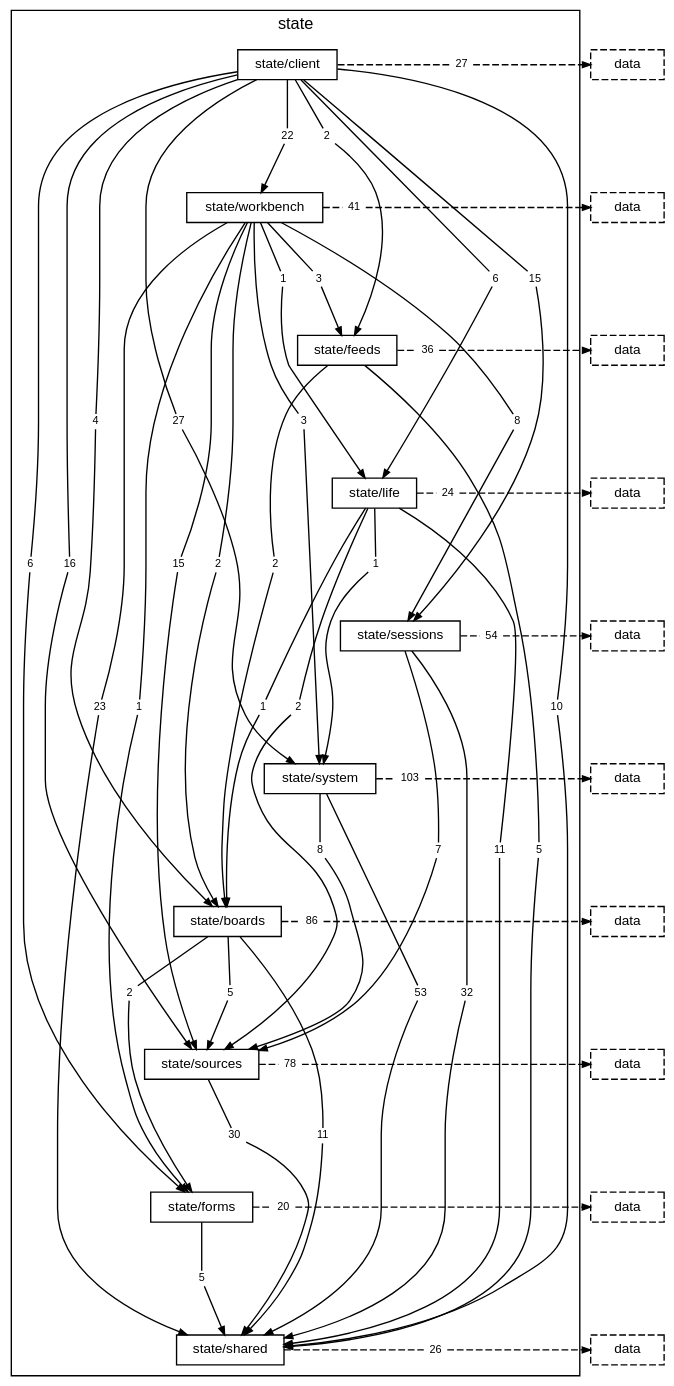
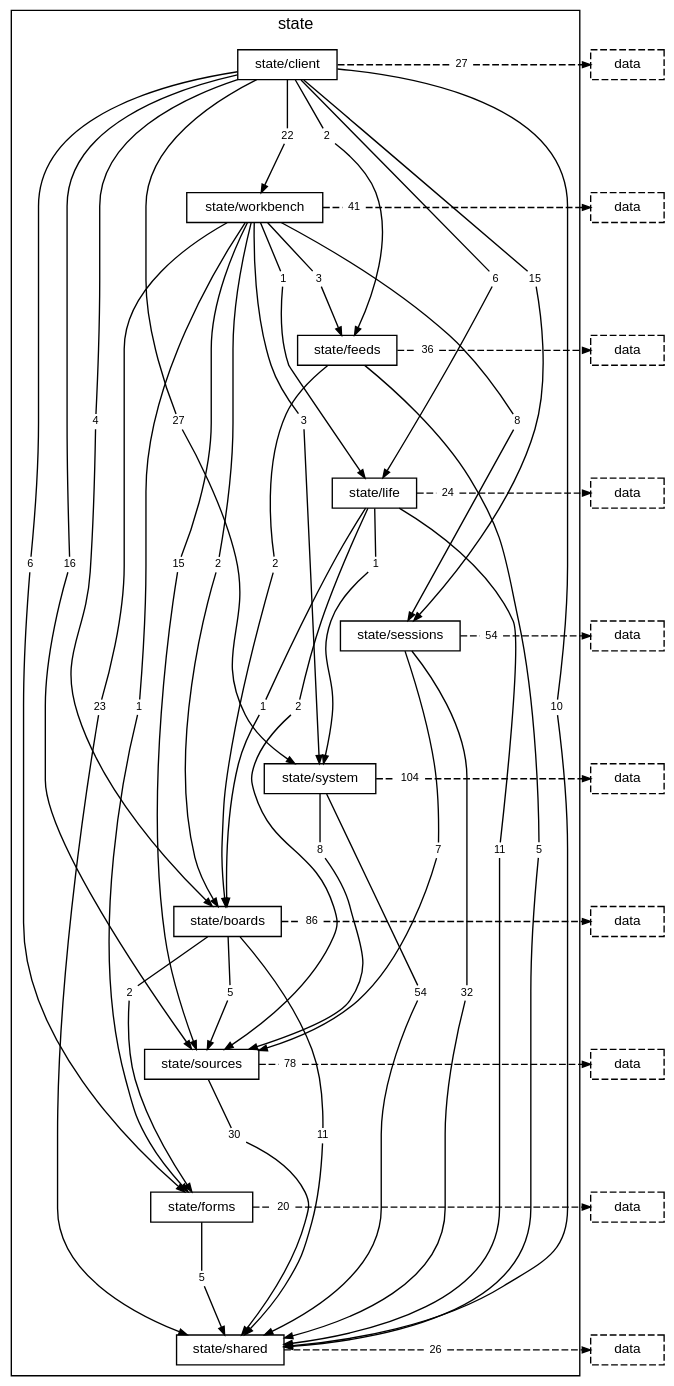
The diagram in docs/diagrams/layer-state.dot (TheAxeC/oculus), drawn with Graphviz before and after one commit. The commit also changed 27 other files, not shown here.

```diff
--- a/docs/diagrams/layer-state.dot
+++ b/docs/diagrams/layer-state.dot
@@ -44,9 +44,9 @@
         "folder state/sessions to folder state/shared" [label="32", shape=box, color="transparent", fontsize=8, width=0, height=0, margin="0.04,0.02"];
         "folder state/sessions to folder state/sources" [label="7", shape=box, color="transparent", fontsize=8, width=0, height=0, margin="0.04,0.02"];
         "folder state/sessions to layer data" [label="54", shape=box, color="transparent", fontsize=8, width=0, height=0, margin="0.04,0.02"];
-        "folder state/system to folder state/shared" [label="53", shape=box, color="transparent", fontsize=8, width=0, height=0, margin="0.04,0.02"];
+        "folder state/system to folder state/shared" [label="54", shape=box, color="transparent", fontsize=8, width=0, height=0, margin="0.04,0.02"];
         "folder state/system to folder state/sources" [label="8", shape=box, color="transparent", fontsize=8, width=0, height=0, margin="0.04,0.02"];
-        "folder state/system to layer data" [label="103", shape=box, color="transparent", fontsize=8, width=0, height=0, margin="0.04,0.02"];
+        "folder state/system to layer data" [label="104", shape=box, color="transparent", fontsize=8, width=0, height=0, margin="0.04,0.02"];
         "folder state/boards to folder state/forms" [label="2", shape=box, color="transparent", fontsize=8, width=0, height=0, margin="0.04,0.02"];
         "folder state/boards to folder state/shared" [label="11", shape=box, color="transparent", fontsize=8, width=0, height=0, margin="0.04,0.02"];
         "folder state/boards to folder state/sources" [label="5", shape=box, color="transparent", fontsize=8, width=0, height=0, margin="0.04,0.02"];
```
